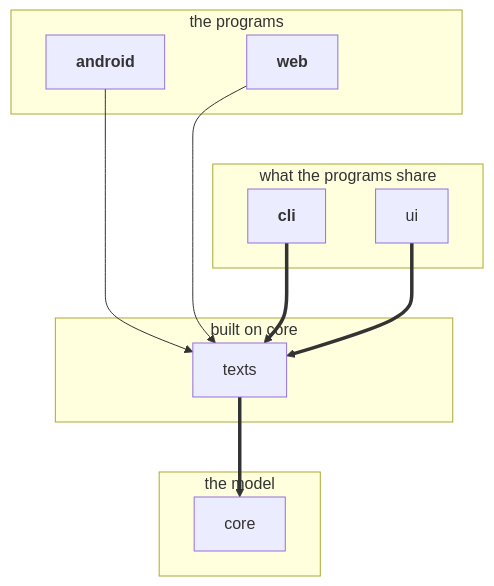
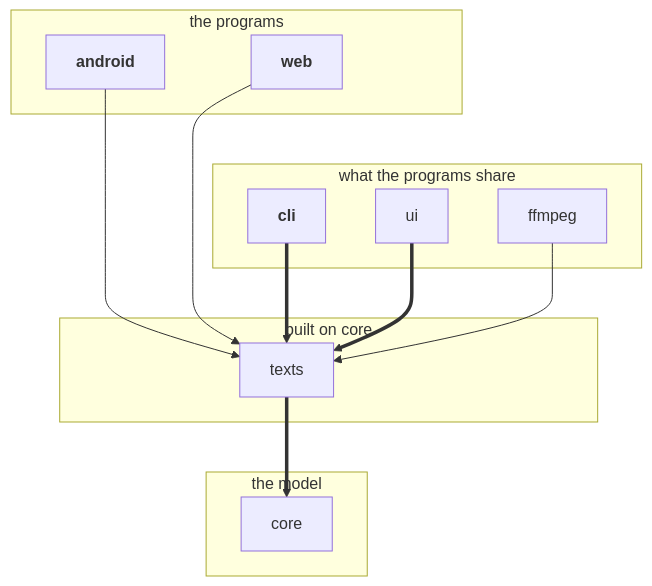
One commit to loplex/sandbox_testing_repo_1 changed the second of 4 diagrams in docs/developing.md. Above: the diagram before and after it, drawn with Mermaid. The commit also changed other lines of this file and 15 other files, not shown here.

````diff
--- a/docs/developing.md
+++ b/docs/developing.md
@@ -114,25 +119,27 @@
 ```mermaid
 graph TD
     subgraph programs [the programs]
         web
         android
     end
     subgraph shared [what the programs share]
         ui
         cli
+        ffmpeg
     end
     subgraph base [built on core]
         texts
     end
     subgraph model [the model]
         core
     end
     android --> texts
     web --> texts
     cli ==> texts
     ui ==> texts
+    ffmpeg --> texts
     texts ==> core
     programs ~~~ shared
     classDef program font-weight:bold
     class android,web,cli program
 ```
````
